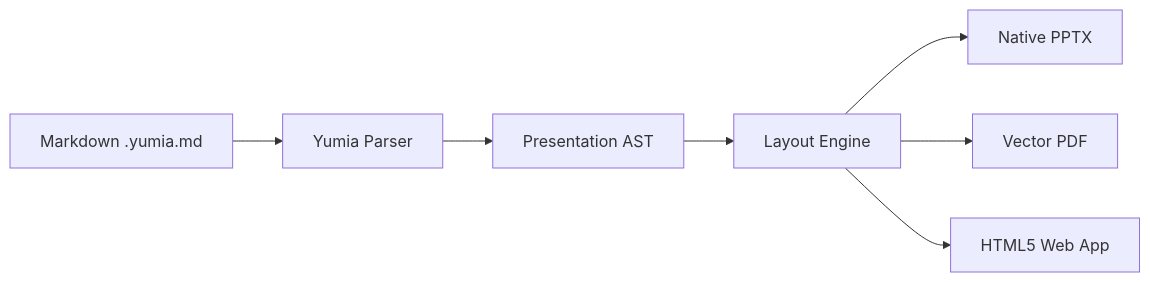
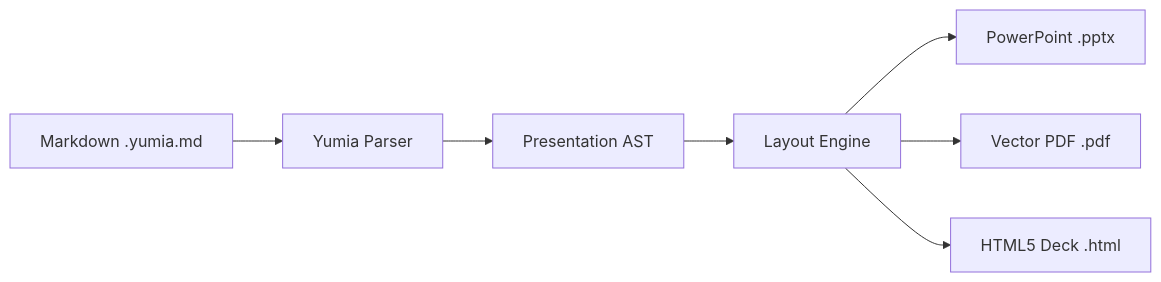
Before and after one commit to biagio-scaglia/Yumia-MD: the diagram in demo.yumia.md, drawn with Mermaid. The commit also changed other lines of this file and 14 other files, not shown here.

```diff
--- a/demo.yumia.md
+++ b/demo.yumia.md
@@ -176,9 +238,9 @@
 :::mermaid
 graph LR
 A[Markdown .yumia.md] --> B[Yumia Parser]
 B --> C[Presentation AST]
 C --> D[Layout Engine]
-D --> E[Native PPTX]
-D --> F[Vector PDF]
-D --> G[HTML5 Web App]
+D --> E[PowerPoint .pptx]
+D --> F[Vector PDF .pdf]
+D --> G[HTML5 Deck .html]
 :::
```
